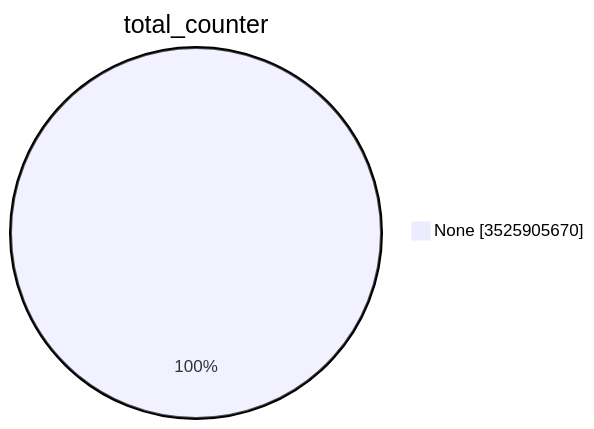
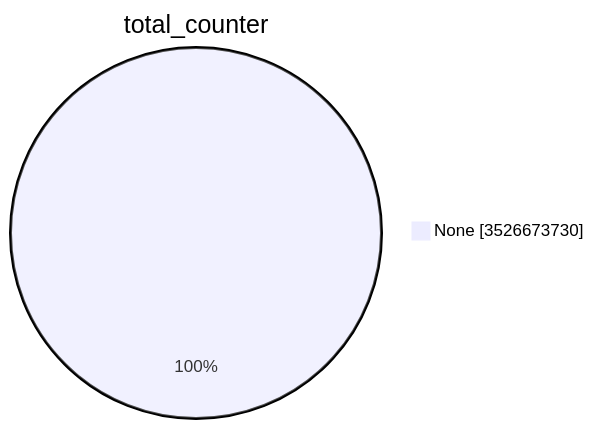
One commit to christiankrug/ctmonitor_visualization changed the first of 15 diagrams in TOTAL/README.md. Above: the diagram before and after it, drawn with Mermaid. The commit also changed other lines of this file, not shown here.

````diff
--- a/TOTAL/README.md
+++ b/TOTAL/README.md
@@ -1,5 +1,5 @@
 ```mermaid
 pie showData
 title total_counter
-"None" :3525905670
+"None" :3526673730
 ```
````
